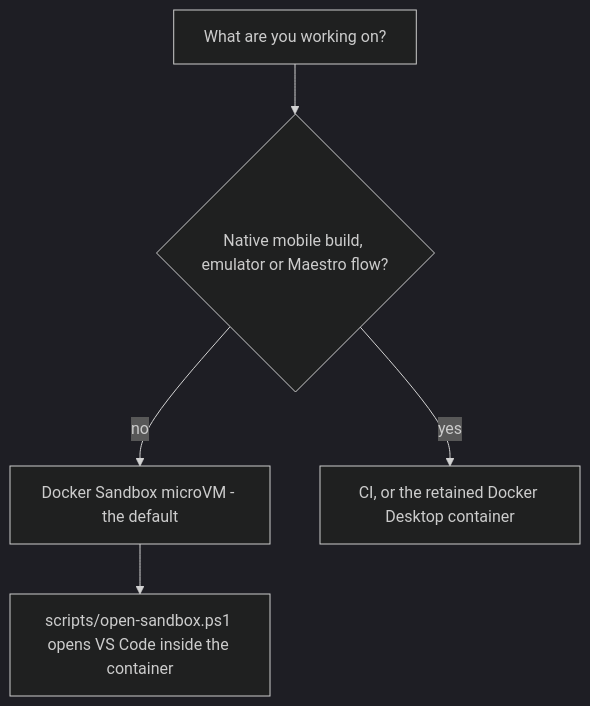
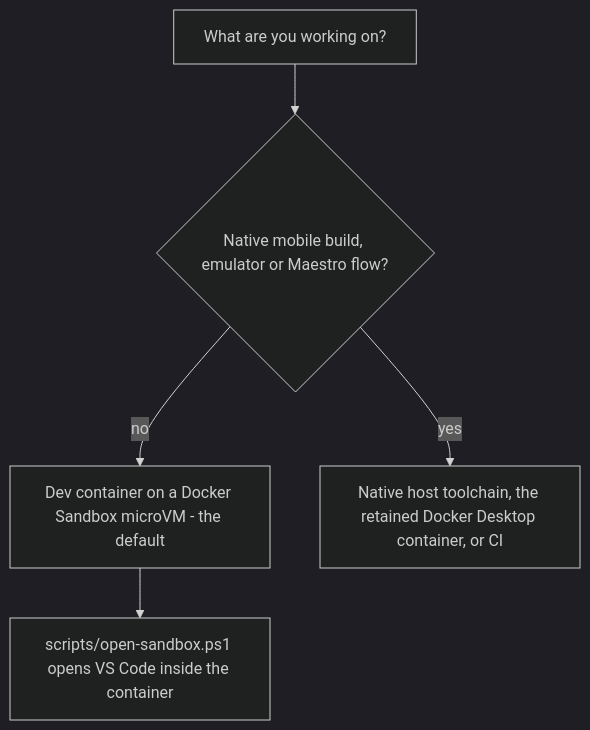
Before and after one commit to jumbleknot/MovieCollectionManager: the diagram in openwiki/projects/repository.md, drawn with Mermaid (dark theme). The commit also changed other lines of this file and 3 other files, not shown here.

````diff
--- a/openwiki/projects/repository.md
+++ b/openwiki/projects/repository.md
@@ -116,7 +127,7 @@
 ```mermaid
 flowchart TD
   A["What are you working on?"] --> B{"Native mobile build, emulator or Maestro flow?"}
-  B -->|no| C["Docker Sandbox microVM - the default"]
-  B -->|yes| D["CI, or the retained Docker Desktop container"]
+  B -->|no| C["Dev container on a Docker Sandbox microVM - the default"]
+  B -->|yes| D["Native host toolchain, the retained Docker Desktop container, or CI"]
   C --> E["scripts/open-sandbox.ps1 opens VS Code inside the container"]
 ```
````
